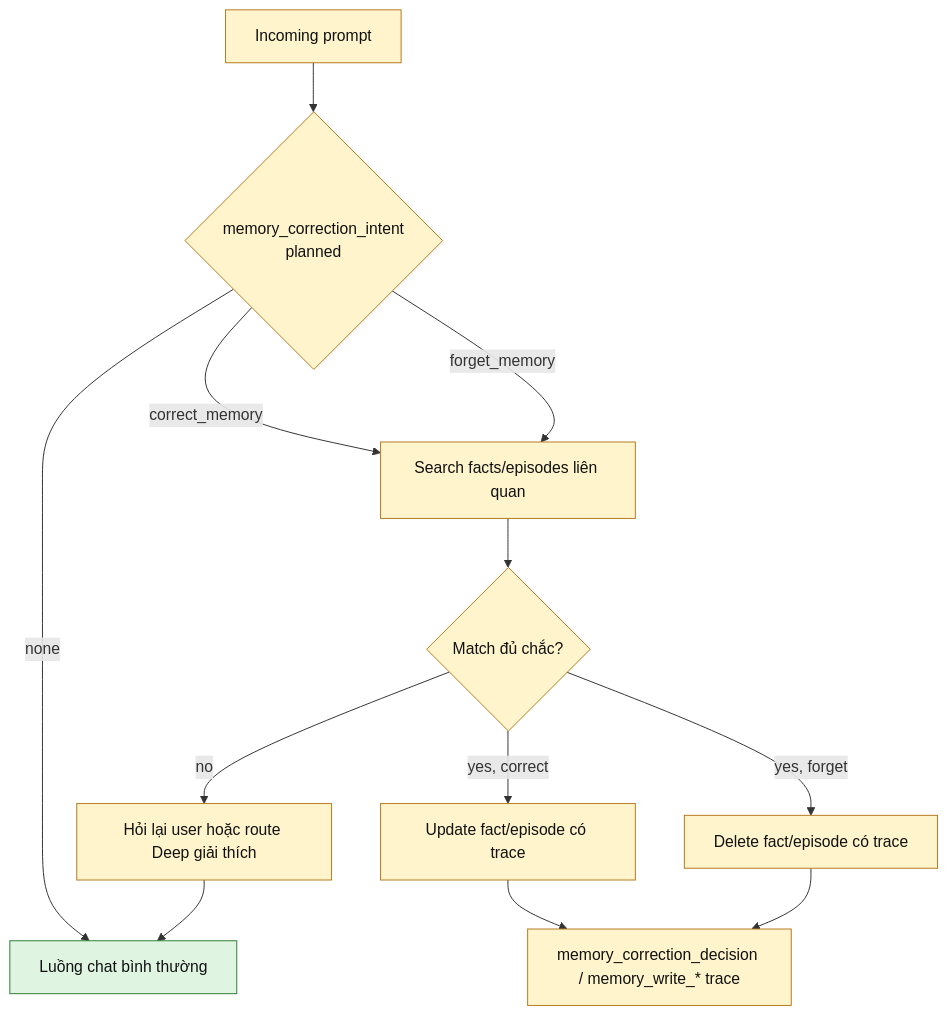
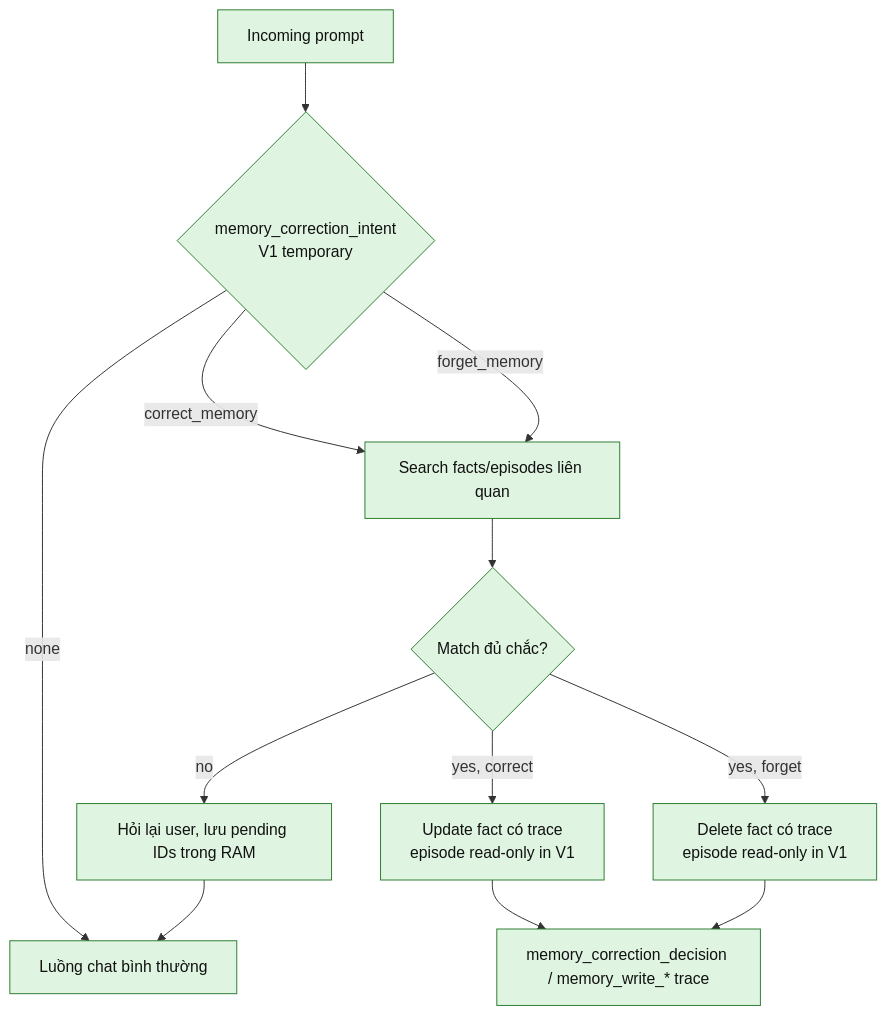
Before and after one commit to LuongAnh1/Niko_Agent: the sixth of 7 diagrams in docs/memory/chat-memory-architecture-flow.md, drawn with Mermaid. The commit also changed other lines of this file and 20 other files, not shown here.

Commit message:
Implement chat memory correction v1

````diff
--- a/docs/memory/chat-memory-architecture-flow.md
+++ b/docs/memory/chat-memory-architecture-flow.md
@@ -205,21 +205,21 @@
 ```mermaid
 flowchart TB
-    Prompt[Incoming prompt] --> Intent{memory_correction_intent<br/>planned}
+    Prompt[Incoming prompt] --> Intent{memory_correction_intent<br/>V1 temporary}
     Intent -->|none| NormalFlow[Luồng chat bình thường]
     Intent -->|correct_memory| Search[Search facts/episodes liên quan]
     Intent -->|forget_memory| Search
     Search --> Confidence{Match đủ chắc?}
-    Confidence -->|yes, correct| Update[Update fact/episode có trace]
-    Confidence -->|yes, forget| Delete[Delete fact/episode có trace]
-    Confidence -->|no| Clarify[Hỏi lại user hoặc route Deep giải thích]
+    Confidence -->|yes, correct| Update[Update fact có trace<br/>episode read-only in V1]
+    Confidence -->|yes, forget| Delete[Delete fact có trace<br/>episode read-only in V1]
+    Confidence -->|no| Clarify[Hỏi lại user, lưu pending IDs trong RAM]
 
     Update --> Trace[memory_correction_decision / memory_write_* trace]
     Delete --> Trace
     Clarify --> NormalFlow
 
     classDef done fill:#dff5e1,stroke:#2e7d32,color:#111;
     classDef planned fill:#fff4cc,stroke:#b7791f,color:#111;
 
     class NormalFlow done;
-    class Prompt,Intent,Search,Confidence,Update,Delete,Clarify,Trace planned;
+    class Prompt,Intent,Search,Confidence,Update,Delete,Clarify,Trace done;
 ```
````
